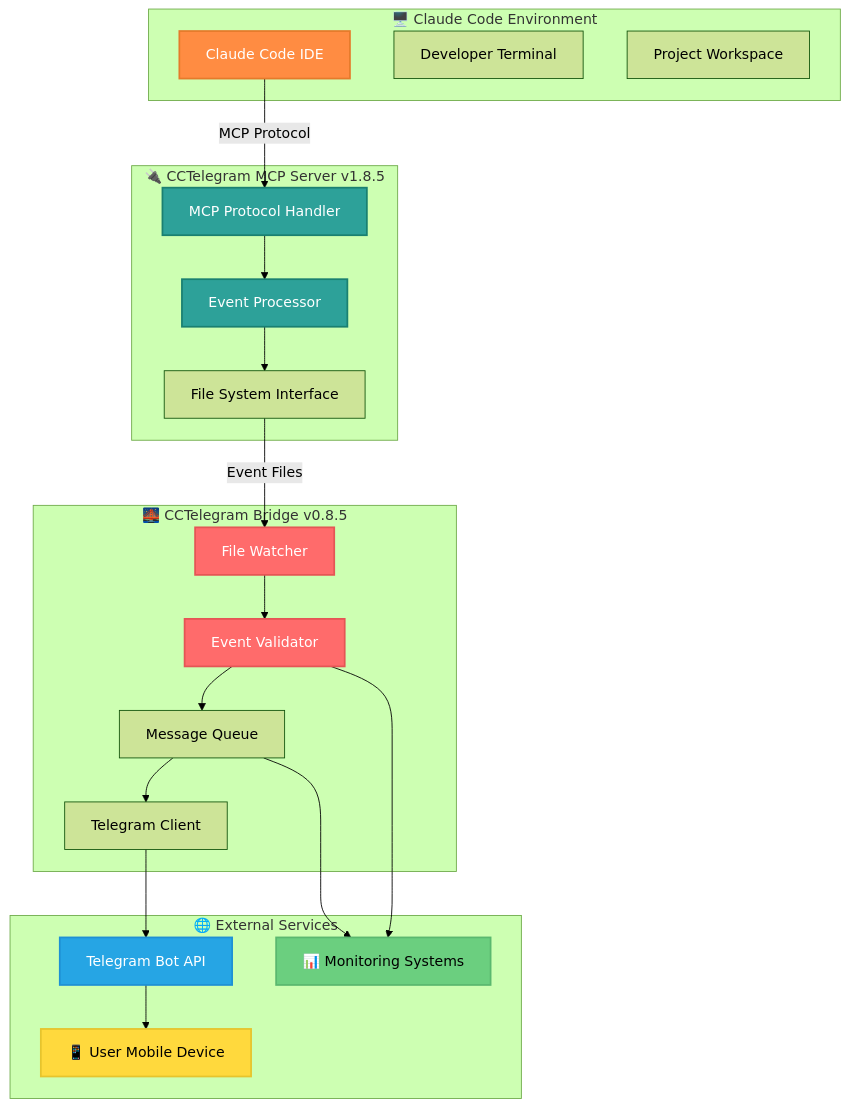
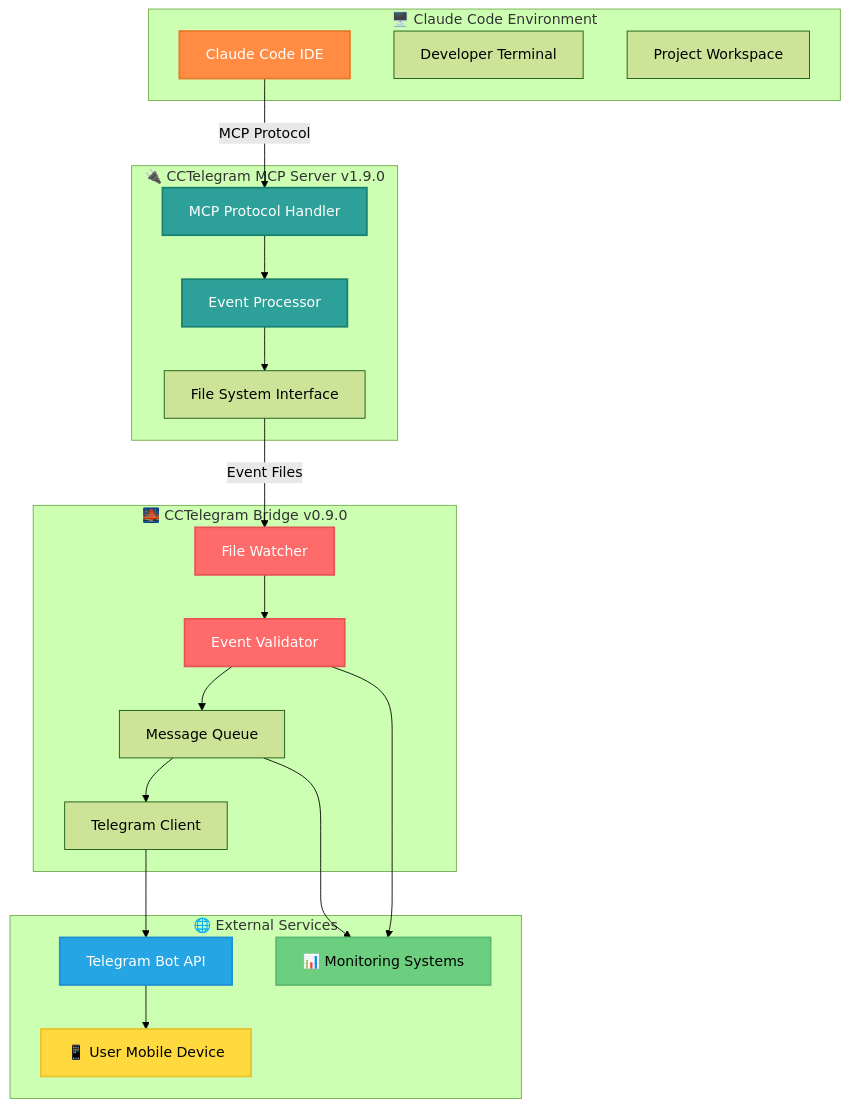
The fourth of 4 diagrams in docs/reports/VISUAL-ENHANCEMENT-FINALIZATION-REPORT.md (co8/cctelegram), drawn with Mermaid (forest theme) before and after one commit. The commit also changed 41 other files, not shown here.

First line of the commit message:
docs: consolidate and align Bridge/MCP documentation

````diff
--- a/docs/reports/VISUAL-ENHANCEMENT-FINALIZATION-REPORT.md
+++ b/docs/reports/VISUAL-ENHANCEMENT-FINALIZATION-REPORT.md
@@ -213,49 +213,49 @@
 ```mermaid
 graph TB
     subgraph "🖥️ Claude Code Environment"
         A[Claude Code IDE] 
         B[Developer Terminal]
         C[Project Workspace]
     end
     
-    subgraph "🔌 CCTelegram MCP Server v1.8.5"
+    subgraph "🔌 CCTelegram MCP Server v1.9.0"
         D[MCP Protocol Handler]
         E[Event Processor]
         F[File System Interface]
     end
     
-    subgraph "🌉 CCTelegram Bridge v0.8.5"
+    subgraph "🌉 CCTelegram Bridge v0.9.0"
         G[File Watcher]
         H[Event Validator] 
         I[Message Queue]
         J[Telegram Client]
     end
     
     subgraph "🌐 External Services"
         K[Telegram Bot API]
         L[📱 User Mobile Device]
         M[📊 Monitoring Systems]
     end
     
     A -->|MCP Protocol| D
     D --> E
     E --> F
     F -->|Event Files| G
     G --> H
     H --> I  
     I --> J
     J --> K
     K --> L
     
     H --> M
     I --> M
     
     style A fill:#FF8C42,color:#fff,stroke:#e57a2b,stroke-width:2px
     style D fill:#2da199,color:#fff,stroke:#1a8071,stroke-width:2px
     style E fill:#2da199,color:#fff,stroke:#1a8071,stroke-width:2px
     style G fill:#FF6B6B,color:#fff,stroke:#e55555,stroke-width:2px
     style H fill:#FF6B6B,color:#fff,stroke:#e55555,stroke-width:2px
     style K fill:#26A5E4,color:#fff,stroke:#1e90d4,stroke-width:2px
     style L fill:#FFD93D,stroke:#e6c42d,stroke-width:2px
     style M fill:#6BCF7F,stroke:#5ab86f,stroke-width:2px
 ```
````
